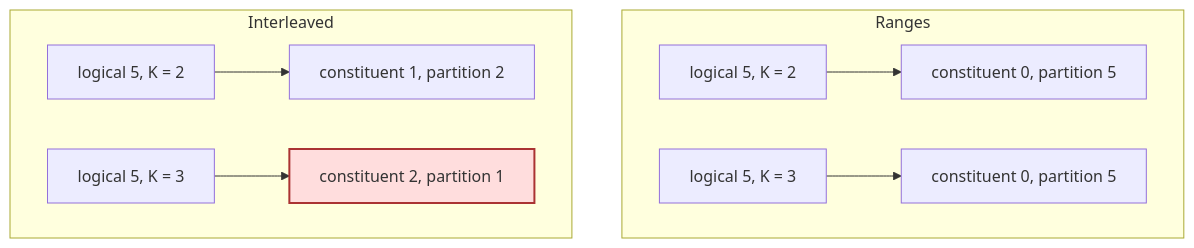
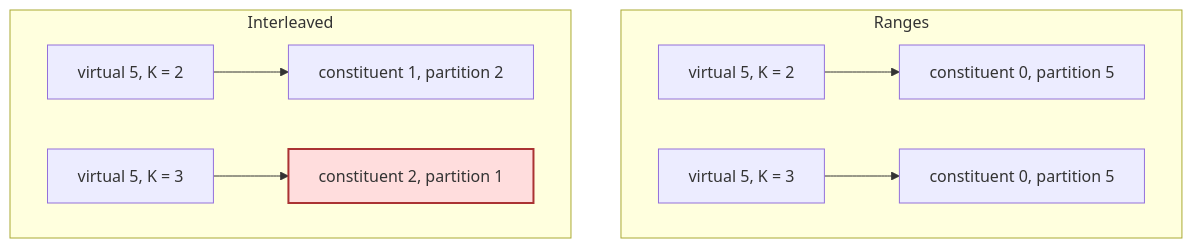
Before and after one commit to kroxylicious/kroxylicious.github.io: the second of 4 diagrams in _posts/2026-11-03-partition-weaving-stretching-the-seams-of-a-topic.md, drawn with Mermaid. The commit also changed other lines of this file and 1 other file, not shown here.

First line of the commit message:
Address review feedback on partition weaving post

````diff
--- a/_posts/2026-11-03-partition-weaving-stretching-the-seams-of-a-topic.md
+++ b/_posts/2026-11-03-partition-weaving-stretching-the-seams-of-a-topic.md
@@ -90,12 +88,12 @@
 ```mermaid
 graph TB
     subgraph Ranges
-        R1["logical 5, K = 2"] --> R2["constituent 0, partition 5"]
-        R3["logical 5, K = 3"] --> R4["constituent 0, partition 5"]
+        R1["virtual 5, K = 2"] --> R2["constituent 0, partition 5"]
+        R3["virtual 5, K = 3"] --> R4["constituent 0, partition 5"]
     end
     subgraph Interleaved
-        I1["logical 5, K = 2"] --> I2["constituent 1, partition 2"]
-        I3["logical 5, K = 3"] --> I4["constituent 2, partition 1"]
+        I1["virtual 5, K = 2"] --> I2["constituent 1, partition 2"]
+        I3["virtual 5, K = 3"] --> I4["constituent 2, partition 1"]
     end
     style I4 fill:#fdd,stroke:#a33,stroke-width:2px
 ```
````
